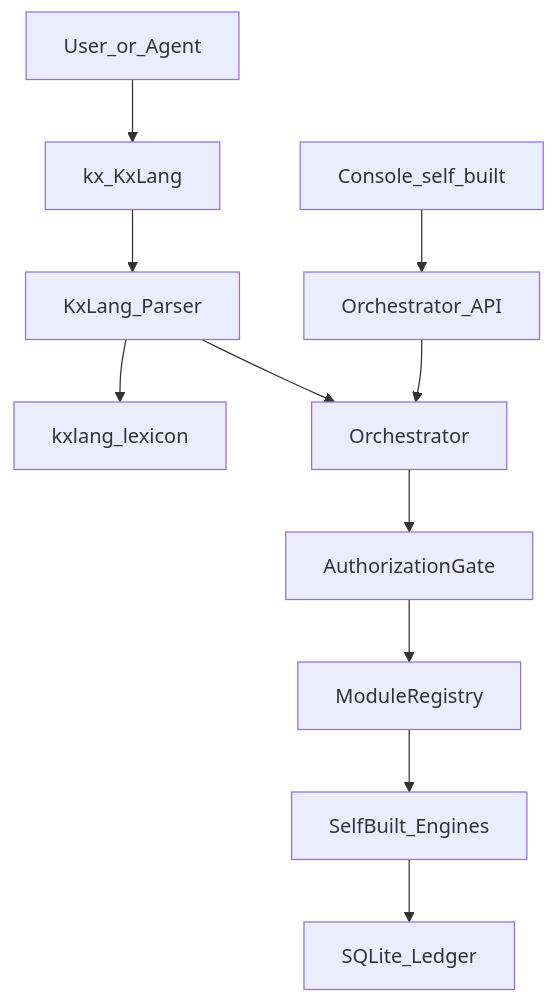
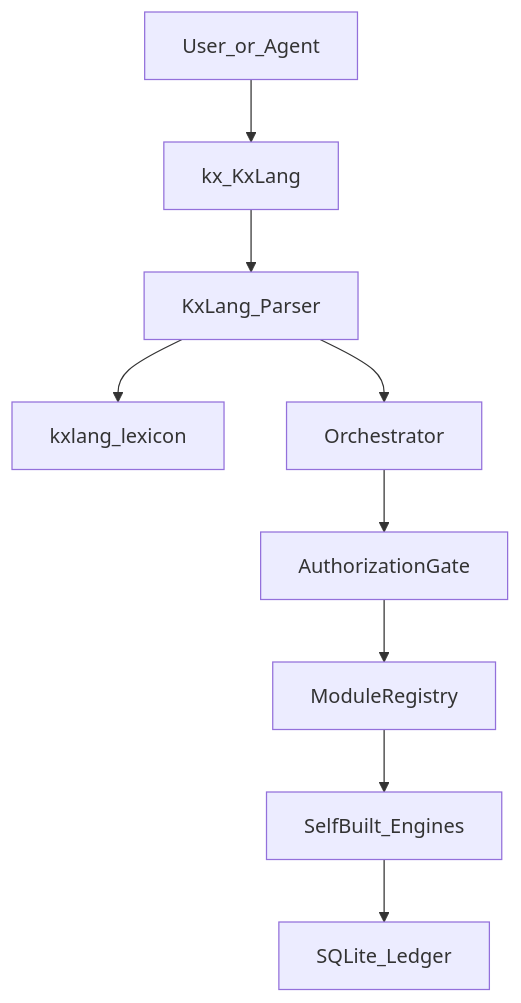
One commit to angelsj913/Kx-Defender- changed the first of 2 diagrams in docs/architecture.md. Above: the diagram before and after it, drawn with Mermaid. The commit also changed other lines of this file and 11 other files, not shown here.

````diff
--- a/docs/architecture.md
+++ b/docs/architecture.md
@@ -20,13 +20,11 @@
 ```mermaid
 flowchart TB
   User[User_or_Agent] --> Kx[kx_KxLang]
-  UI[Console_self_built] --> API[Orchestrator_API]
   Kx --> Parser[KxLang_Parser]
   Parser --> Lexicon[kxlang_lexicon]
   Parser --> Orch[Orchestrator]
-  API --> Orch
   Orch --> Auth[AuthorizationGate]
   Auth --> Registry[ModuleRegistry]
   Registry --> Engines[SelfBuilt_Engines]
   Engines --> Store[SQLite_Ledger]
 ```
````
